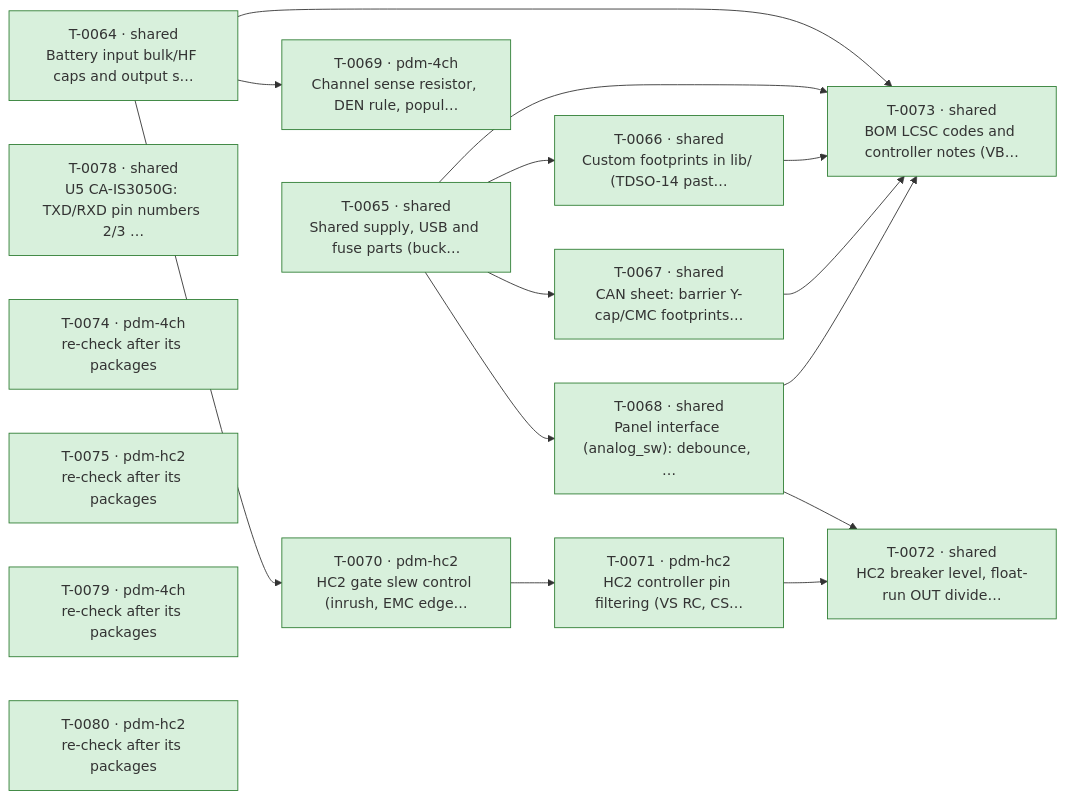
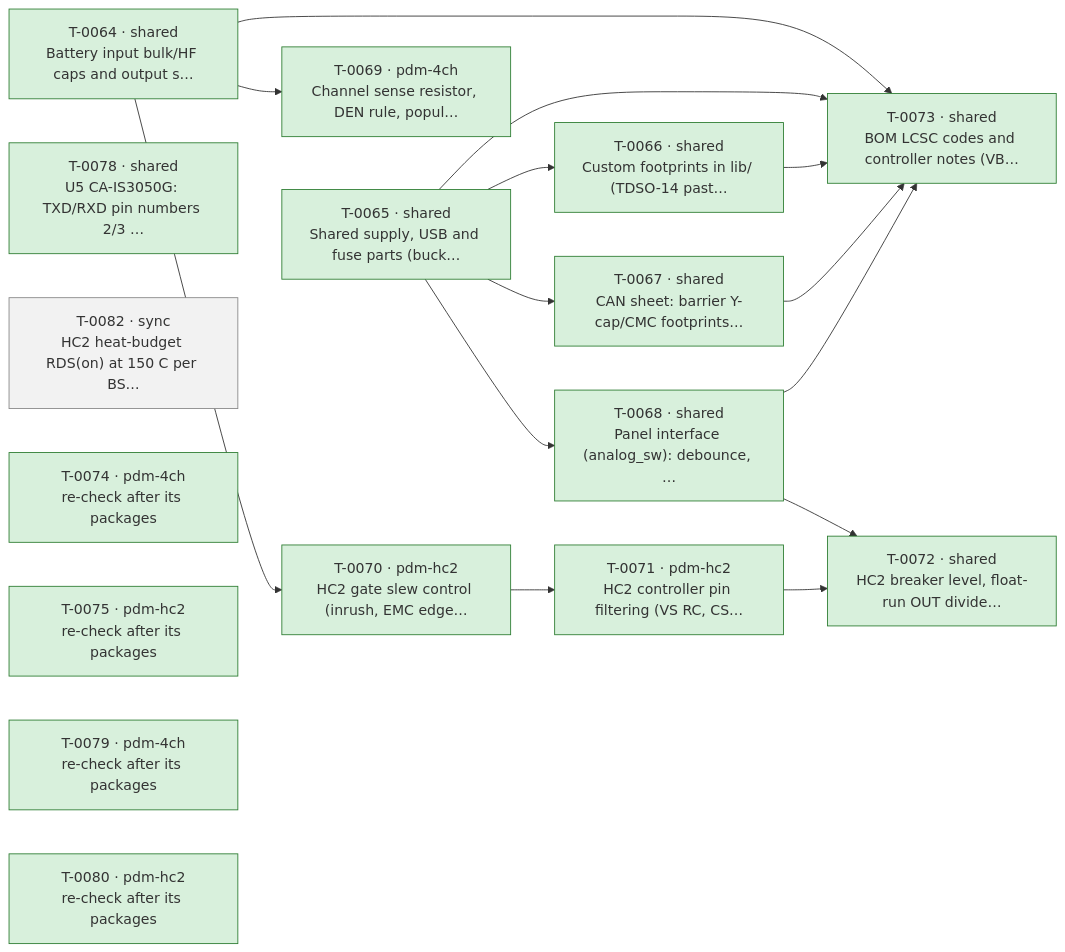
Before and after one commit to plektra/ESP32-PDM: the diagram in docs/ROADMAP.md, drawn with Mermaid. The commit also changed other lines of this file and 2 other files, not shown here.

````diff
--- a/docs/ROADMAP.md
+++ b/docs/ROADMAP.md
@@ -18,35 +18,36 @@
 ```mermaid
 flowchart LR
   T0064["T-0064 · shared<br/>Battery input bulk/HF caps and output s…"]:::done
   T0065["T-0065 · shared<br/>Shared supply, USB and fuse parts (buck…"]:::done
   T0066["T-0066 · shared<br/>Custom footprints in lib/ (TDSO-14 past…"]:::done
   T0067["T-0067 · shared<br/>CAN sheet: barrier Y-cap/CMC footprints…"]:::done
   T0068["T-0068 · shared<br/>Panel interface (analog_sw): debounce, …"]:::done
   T0069["T-0069 · pdm-4ch<br/>Channel sense resistor, DEN rule, popul…"]:::done
   T0070["T-0070 · pdm-hc2<br/>HC2 gate slew control (inrush, EMC edge…"]:::done
   T0071["T-0071 · pdm-hc2<br/>HC2 controller pin filtering (VS RC, CS…"]:::done
   T0072["T-0072 · shared<br/>HC2 breaker level, float-run OUT divide…"]:::done
   T0073["T-0073 · shared<br/>BOM LCSC codes and controller notes (VB…"]:::done
   T0078["T-0078 · shared<br/>U5 CA-IS3050G: TXD/RXD pin numbers 2/3 …"]:::done
+  T0082["T-0082 · sync<br/>HC2 heat-budget RDS(on) at 150 C per BS…"]:::ready
   T0074["T-0074 · pdm-4ch<br/>re-check after its packages"]:::done
   T0075["T-0075 · pdm-hc2<br/>re-check after its packages"]:::done
   T0079["T-0079 · pdm-4ch<br/>re-check after its packages"]:::done
   T0080["T-0080 · pdm-hc2<br/>re-check after its packages"]:::done
   T0065 --> T0066
   T0065 --> T0067
   T0065 --> T0068
   T0064 --> T0069
   T0064 --> T0070
   T0070 --> T0071
   T0068 --> T0072
   T0071 --> T0072
   T0064 --> T0073
   T0065 --> T0073
   T0066 --> T0073
   T0067 --> T0073
   T0068 --> T0073
   classDef done fill:#d8f0dc,stroke:#2e7d32
   classDef running fill:#d6e6ff,stroke:#1f5fbf
   classDef ready fill:#f2f2f2,stroke:#888
   classDef failed fill:#f9d9d9,stroke:#b3261e
 ```
````
